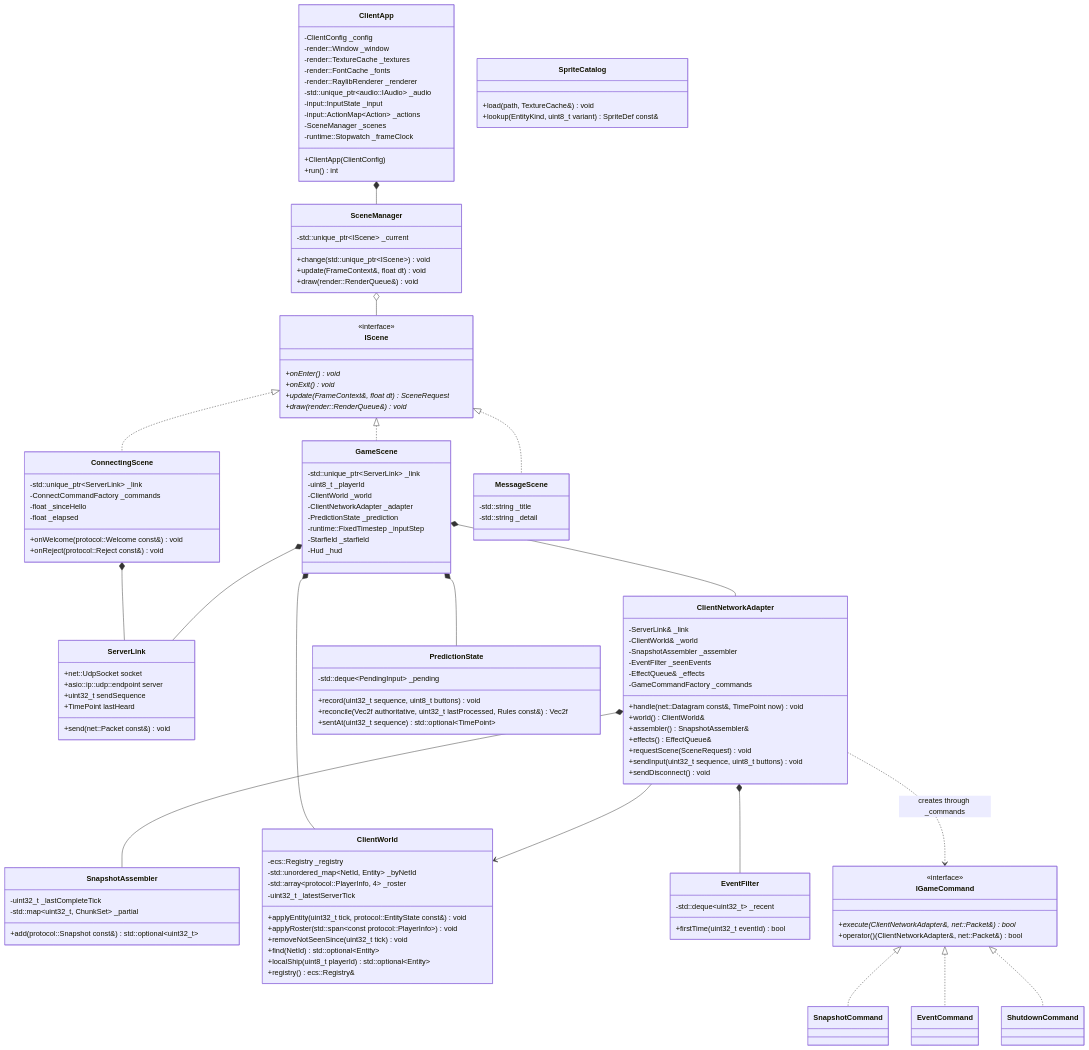
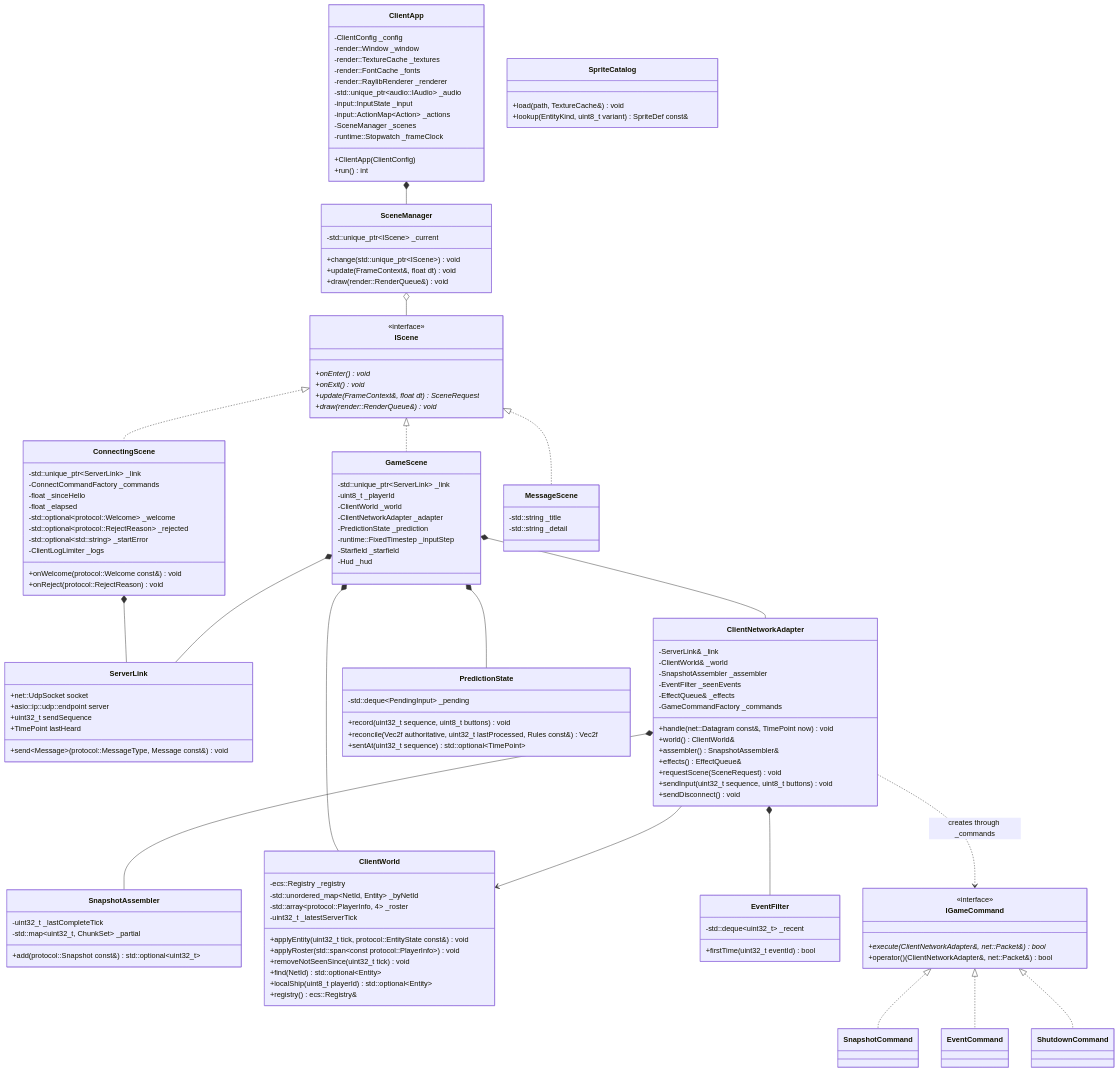
Before and after one commit to janumaruku/r-type: the diagram in docs/modules/client.md, drawn with Mermaid. The commit also changed other lines of this file, not shown here.

First line of the commit message:
docs(client): RTP-123 #comment Document checkFromServer and ConnectingScene

```diff
--- a/docs/modules/client.md
+++ b/docs/modules/client.md
@@ -55,15 +55,19 @@
         +asio::ip::udp::endpoint server
         +uint32_t sendSequence
         +TimePoint lastHeard
-        +send(net::Packet const&) void
+        +send~Message~(protocol::MessageType, Message const&) void
     }
     class ConnectingScene {
         -std::unique_ptr~ServerLink~ _link
         -ConnectCommandFactory _commands
         -float _sinceHello
         -float _elapsed
+        -std::optional~protocol::Welcome~ _welcome
+        -std::optional~protocol::RejectReason~ _rejected
+        -std::optional~std::string~ _startError
+        -ClientLogLimiter _logs
         +onWelcome(protocol::Welcome const&) void
-        +onReject(protocol::Reject const&) void
+        +onReject(protocol::RejectReason) void
     }
     class GameScene {
         -std::unique_ptr~ServerLink~ _link
```
